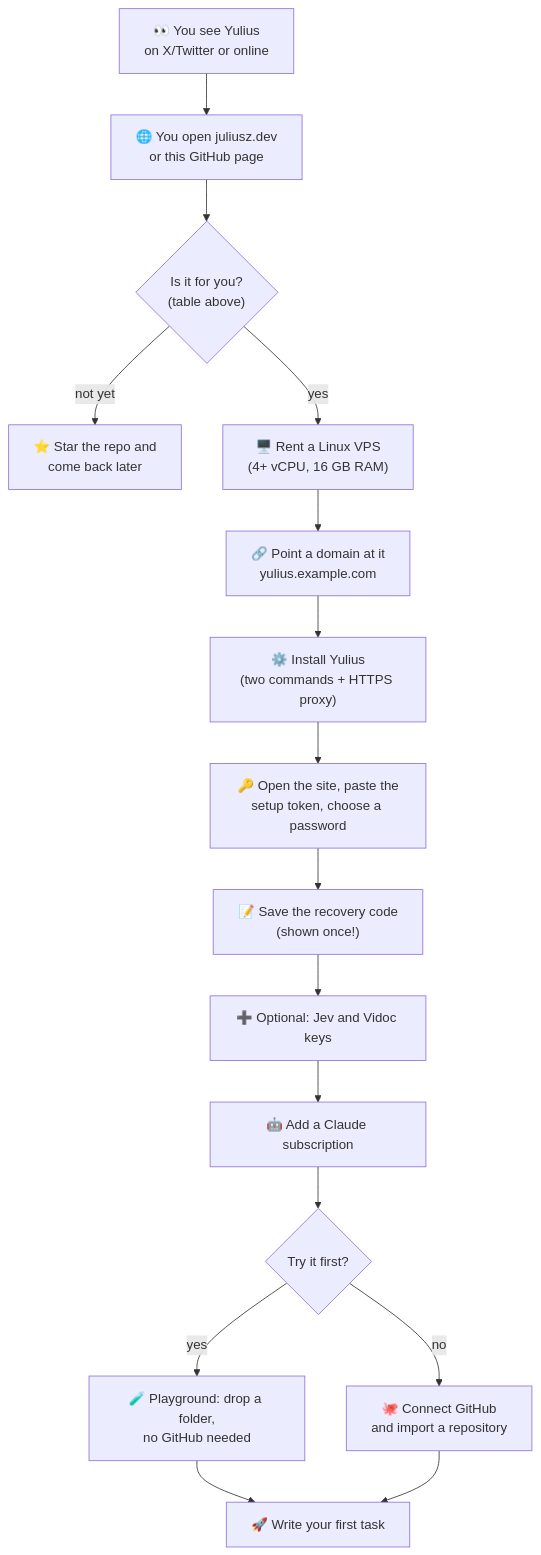
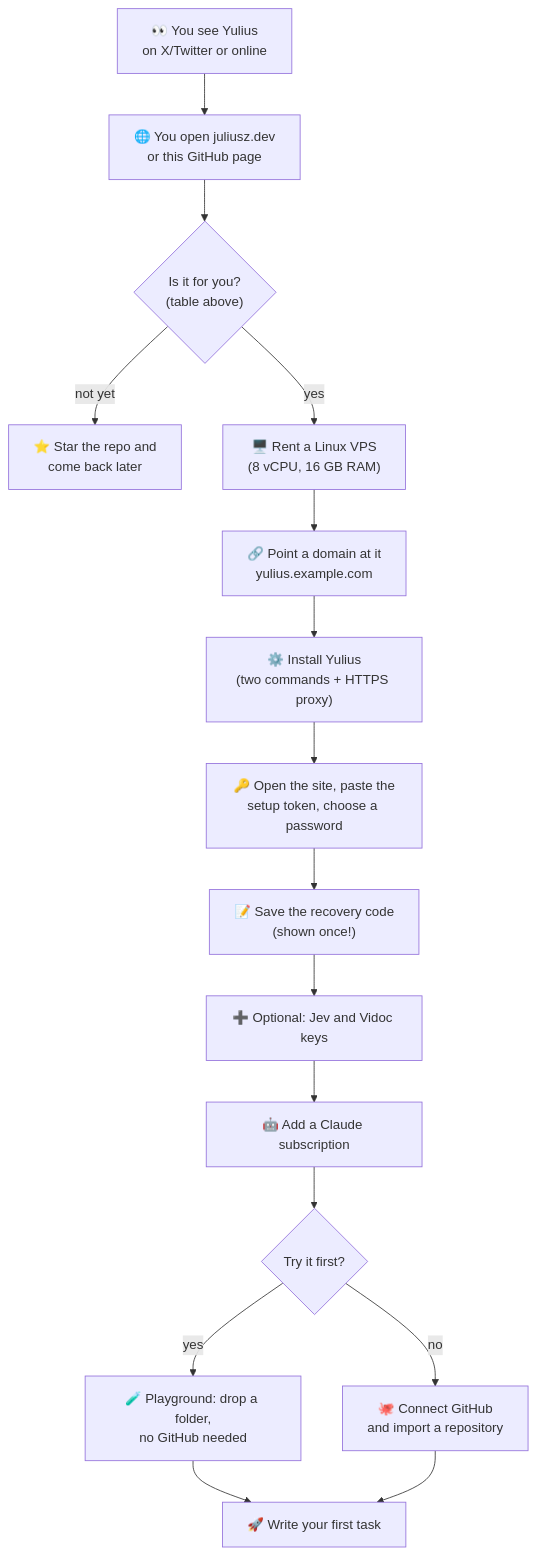
The diagram in README.md (Quartio-Studio/yulius), drawn with Mermaid before and after one commit. The commit also changed other lines of this file, not shown here.

````diff
--- a/README.md
+++ b/README.md
@@ -45,18 +45,18 @@
 ```mermaid
 flowchart TD
     A["👀 You see Yulius<br/>on X/Twitter or online"] --> B["🌐 You open juliusz.dev<br/>or this GitHub page"]
     B --> C{"Is it for you?<br/>(table above)"}
     C -- "not yet" --> Z["⭐ Star the repo and<br/>come back later"]
-    C -- "yes" --> D["🖥️ Rent a Linux VPS<br/>(4+ vCPU, 16 GB RAM)"]
+    C -- "yes" --> D["🖥️ Rent a Linux VPS<br/>(8 vCPU, 16 GB RAM)"]
     D --> E["🔗 Point a domain at it<br/>yulius.example.com"]
     E --> F["⚙️ Install Yulius<br/>(two commands + HTTPS proxy)"]
     F --> G["🔑 Open the site, paste the<br/>setup token, choose a password"]
     G --> H["📝 Save the recovery code<br/>(shown once!)"]
     H --> I["➕ Optional: Jev and Vidoc keys"]
     I --> J["🤖 Add a Claude subscription"]
     J --> K{"Try it first?"}
     K -- "yes" --> L["🧪 Playground: drop a folder,<br/>no GitHub needed"]
     K -- "no" --> M["🐙 Connect GitHub<br/>and import a repository"]
     L --> N["🚀 Write your first task"]
     M --> N
 ```
````
